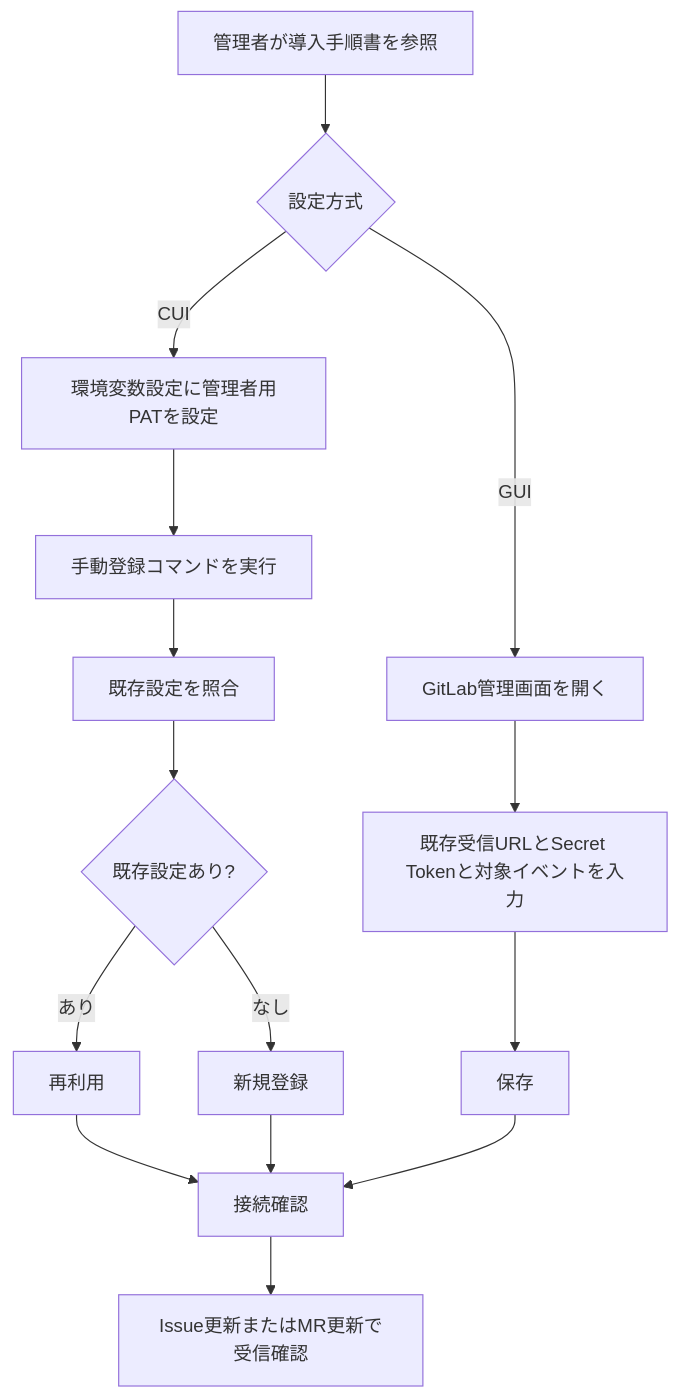
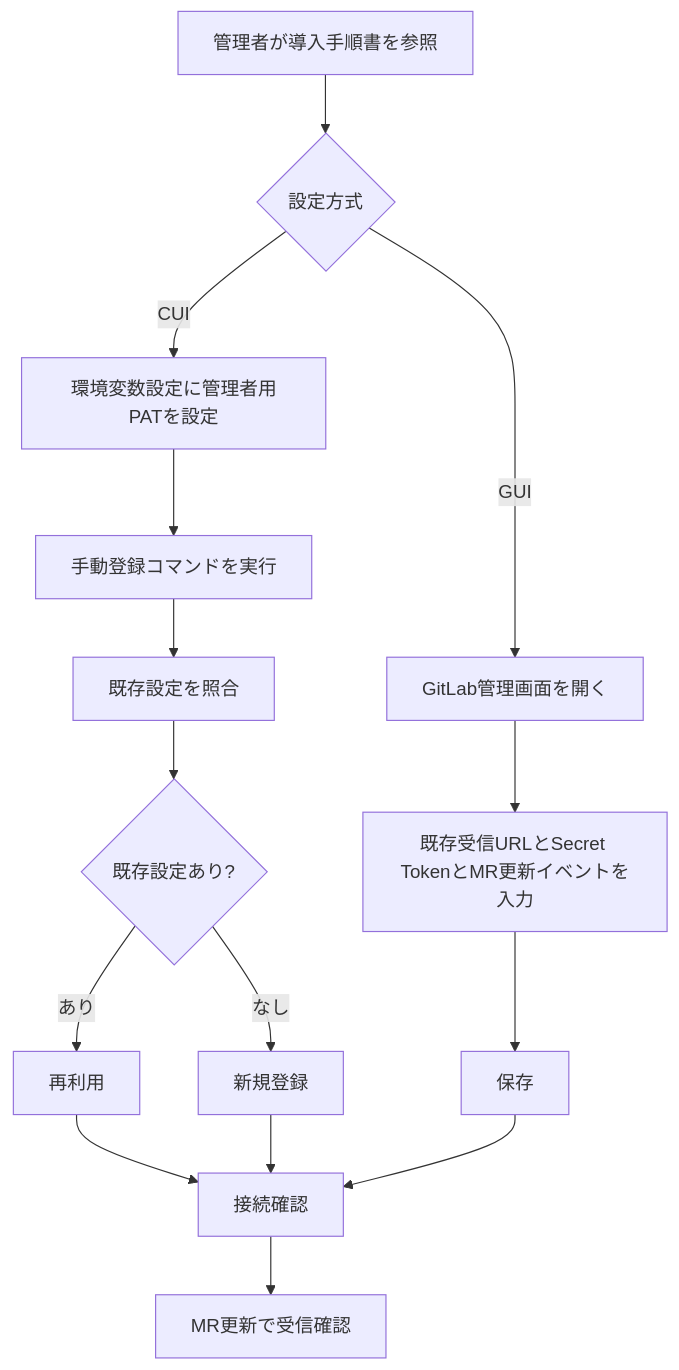
One commit to notfolder/CodingAgentAutomata changed the second of 2 diagrams in .history/20260504-switch-to-system-hook/change_requirements.md. Above: the diagram before and after it, drawn with Mermaid. The commit also changed other lines of this file and 4 other files, not shown here.

````diff
--- a/.history/20260504-switch-to-system-hook/change_requirements.md
+++ b/.history/20260504-switch-to-system-hook/change_requirements.md
@@ -190,17 +193,17 @@
 ```mermaid
 flowchart TD
     A[管理者が導入手順書を参照] --> B{設定方式}
     B -->|CUI| C[環境変数設定に管理者用PATを設定]
     C --> D[手動登録コマンドを実行]
     D --> E[既存設定を照合]
     E --> F{既存設定あり?}
     F -->|あり| G[再利用]
     F -->|なし| H[新規登録]
     B -->|GUI| I[GitLab管理画面を開く]
-    I --> J[既存受信URLとSecret Tokenと対象イベントを入力]
+    I --> J[既存受信URLとSecret TokenとMR更新イベントを入力]
     J --> K[保存]
     G --> L[接続確認]
     H --> L
     K --> L
-    L --> M[Issue更新またはMR更新で受信確認]
+    L --> M[MR更新で受信確認]
 ```
````
